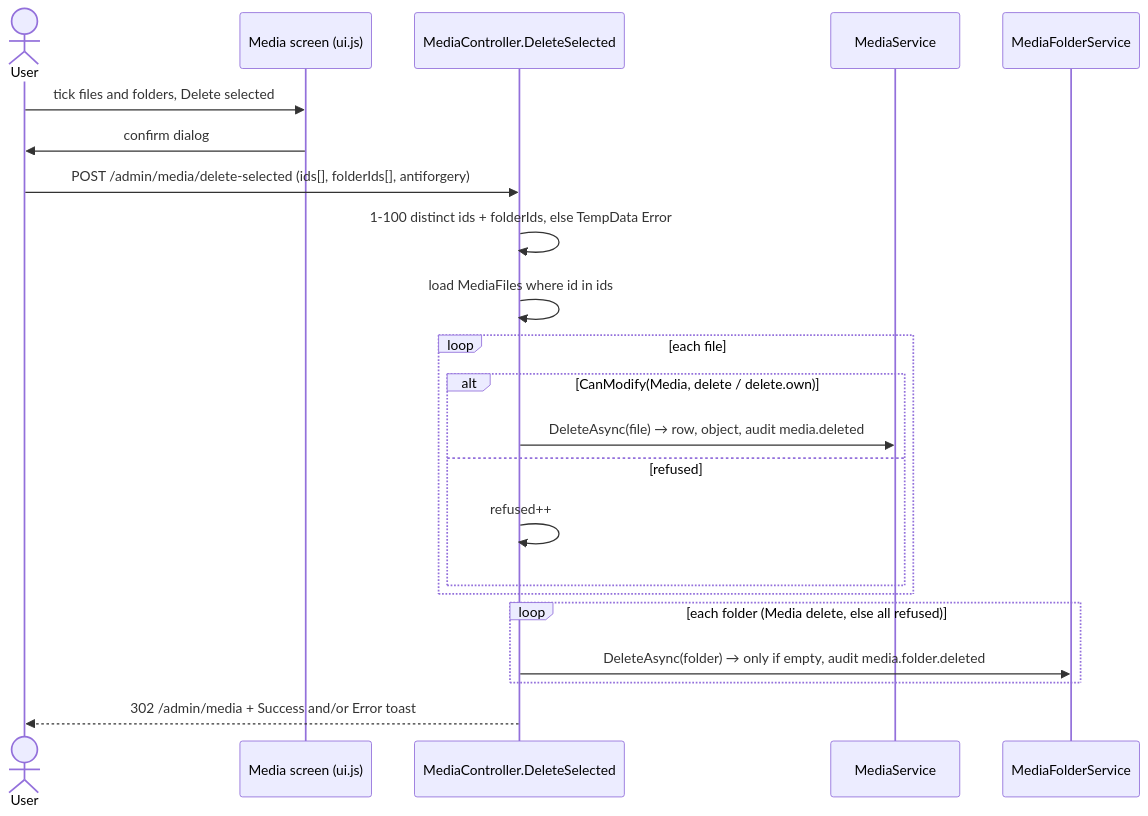
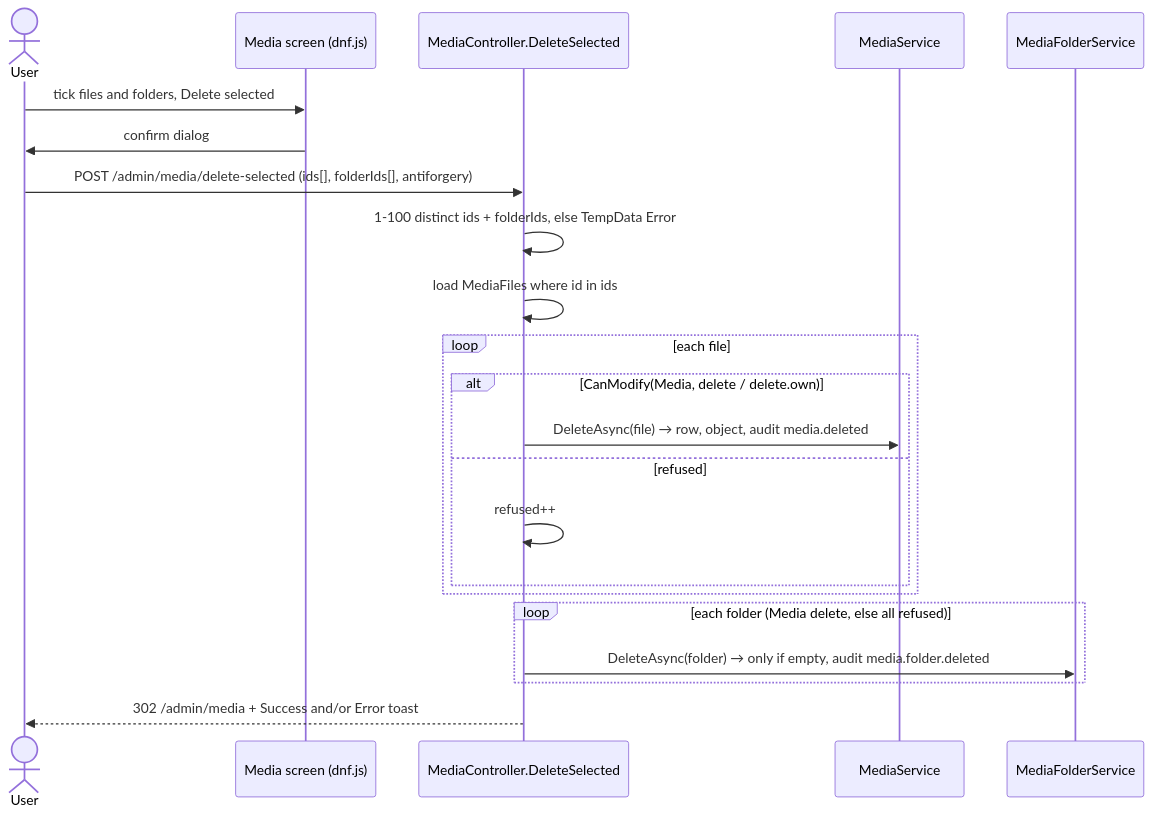
The first of 2 diagrams in .docs/pages/media.md (Albadit/DotNetForge), drawn with Mermaid before and after one commit. The commit also changed other lines of this file and 412 other files, not shown here.

````diff
--- a/.docs/pages/media.md
+++ b/.docs/pages/media.md
@@ -172,24 +173,24 @@
 ```mermaid
 sequenceDiagram
     actor U as User
-    participant V as Media screen (ui.js)
+    participant V as Media screen (dnf.js)
     participant C as MediaController.DeleteSelected
     participant M as MediaService
     participant F as MediaFolderService
     U->>V: tick files and folders, Delete selected
     V->>U: confirm dialog
     U->>C: POST /admin/media/delete-selected (ids[], folderIds[], antiforgery)
     C->>C: 1-100 distinct ids + folderIds, else TempData Error
     C->>C: load MediaFiles where id in ids
     loop each file
         alt CanModify(Media, delete / delete.own)
             C->>M: DeleteAsync(file) → row, object, audit media.deleted
         else refused
             C->>C: refused++
         end
     end
     loop each folder (Media delete, else all refused)
         C->>F: DeleteAsync(folder) → only if empty, audit media.folder.deleted
     end
     C-->>U: 302 /admin/media + Success and/or Error toast
 ```
````
